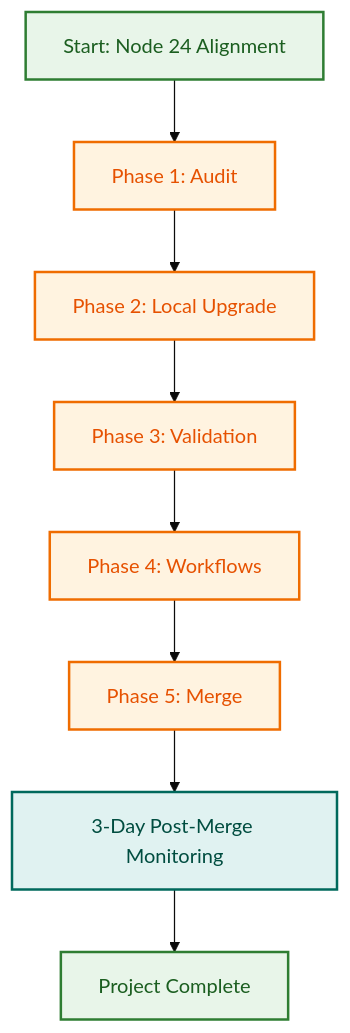
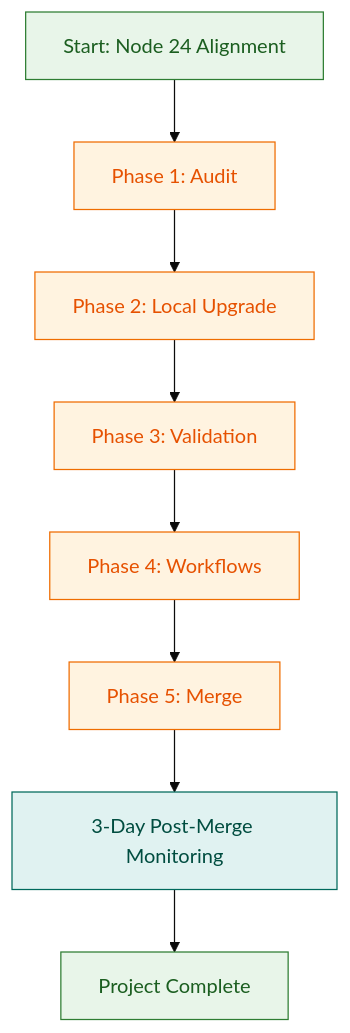
One commit to lightspeedwp/.github changed the diagram in .github/projects/active/nodejs-upgrade-2026-q4/README.md. Above: the diagram before and after it, drawn with Mermaid.

Commit message:
fix: correct Mermaid diagram styling syntax
- Changed stroke-width to stroke_width (correct Mermaid syntax)
- Ensures Mermaid diagram validation passes

Claude-Session: https://claude.ai/code/session_01DmCVAx4Kb1DNRKqoKakEcy

````diff
--- a/.github/projects/active/nodejs-upgrade-2026-q4/README.md
+++ b/.github/projects/active/nodejs-upgrade-2026-q4/README.md
@@ -315,26 +315,26 @@
 ```mermaid
 ---
 config:
   flowchart:
     htmlLabels: true
   theme: base
 ---
 flowchart TD
   A["Start: Node 24 Alignment"] --> B["Phase 1: Audit"]
   B --> C["Phase 2: Local Upgrade"]
   C --> D["Phase 3: Validation"]
   D --> E["Phase 4: Workflows"]
   E --> F["Phase 5: Merge"]
   F --> G["3-Day Post-Merge Monitoring"]
   G --> H["Project Complete"]
 
-  classDef start fill:#E8F5E9,stroke:#2E7D32,stroke-width:2px,color:#1B5E20;
-  classDef phase fill:#FFF3E0,stroke:#EF6C00,stroke-width:2px,color:#E65100;
-  classDef monitoring fill:#E0F2F1,stroke:#00695C,stroke-width:2px,color:#004D40;
-  classDef done fill:#E8F5E9,stroke:#2E7D32,stroke-width:2px,color:#1B5E20;
+  classDef start fill:#E8F5E9,stroke:#2E7D32,stroke_width:2px,color:#1B5E20;
+  classDef phase fill:#FFF3E0,stroke:#EF6C00,stroke_width:2px,color:#E65100;
+  classDef monitoring fill:#E0F2F1,stroke:#00695C,stroke_width:2px,color:#004D40;
+  classDef done fill:#E8F5E9,stroke:#2E7D32,stroke_width:2px,color:#1B5E20;
 
   class A start;
   class B,C,D,E,F phase;
   class G monitoring;
   class H done;
 ```
````
